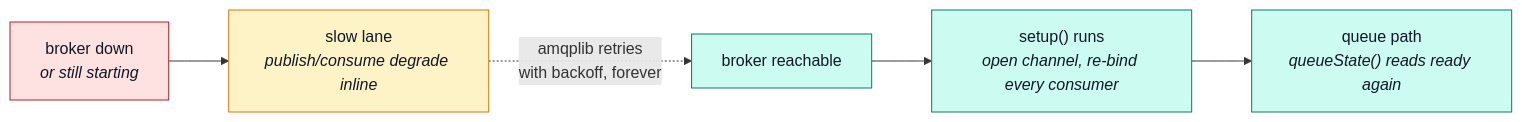
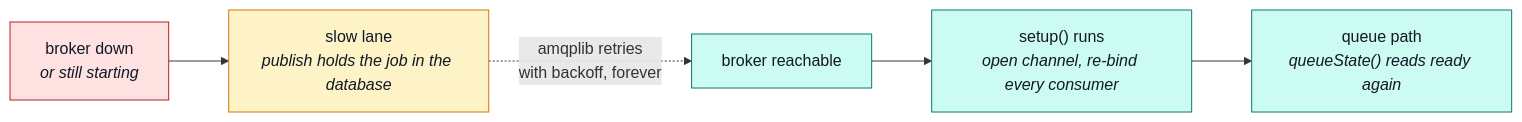
Before and after one commit to Guebbit/boilerplate-node-backend: the fourth of 4 diagrams in docs/understand/rabbitmq.md, drawn with Mermaid. The commit also changed other lines of this file and 71 other files, not shown here.

````diff
--- a/docs/understand/rabbitmq.md
+++ b/docs/understand/rabbitmq.md
@@ -196,15 +256,15 @@
 ```mermaid
 %%{init: {'flowchart': {'nodeSpacing': 45, 'rankSpacing': 60}}}%%
 flowchart LR
-    D["broker down<br/><i>or still starting</i>"] --> S["slow lane<br/><i>publish/consume degrade inline</i>"]
+    D["broker down<br/><i>or still starting</i>"] --> S["slow lane<br/><i>publish holds the job in the database</i>"]
     S -.->|"amqplib retries<br/>with backoff, forever"| R["broker reachable"]
     R --> U["setup() runs<br/><i>open channel, re-bind every consumer</i>"]
     U --> Q["queue path<br/><i>queueState() reads ready again</i>"]
 
     classDef bad fill:#fee2e2,stroke:#b91c1c,color:#111827;
     classDef wait fill:#fef3c7,stroke:#d97706,color:#111827;
     classDef done fill:#ccfbf1,stroke:#0f766e,color:#111827;
     class D bad;
     class S wait;
     class R,U,Q done;
 ```
````
